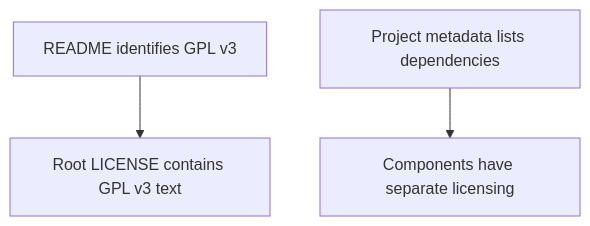
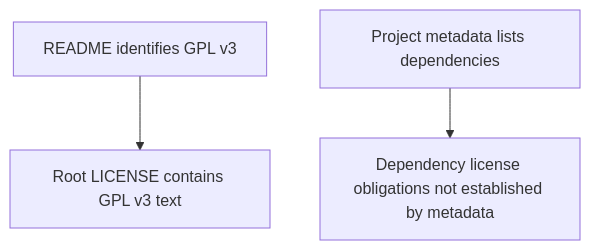
One commit to KarlSideProjects/hwmonitor-mqtt changed the diagram in docs/flows/sender.license.mmd. Above: the diagram before and after it, drawn with Mermaid. The commit also changed 4 other files, not shown here.

```diff
--- a/docs/flows/sender.license.mmd
+++ b/docs/flows/sender.license.mmd
@@ -1,7 +1,7 @@
 flowchart TD
     A["README identifies GPL v3"]
     B["Root LICENSE contains GPL v3 text"]
     C["Project metadata lists dependencies"]
-    D["Components have separate licensing"]
+    D["Dependency license obligations not established by metadata"]
     A --> B
     C --> D
```
